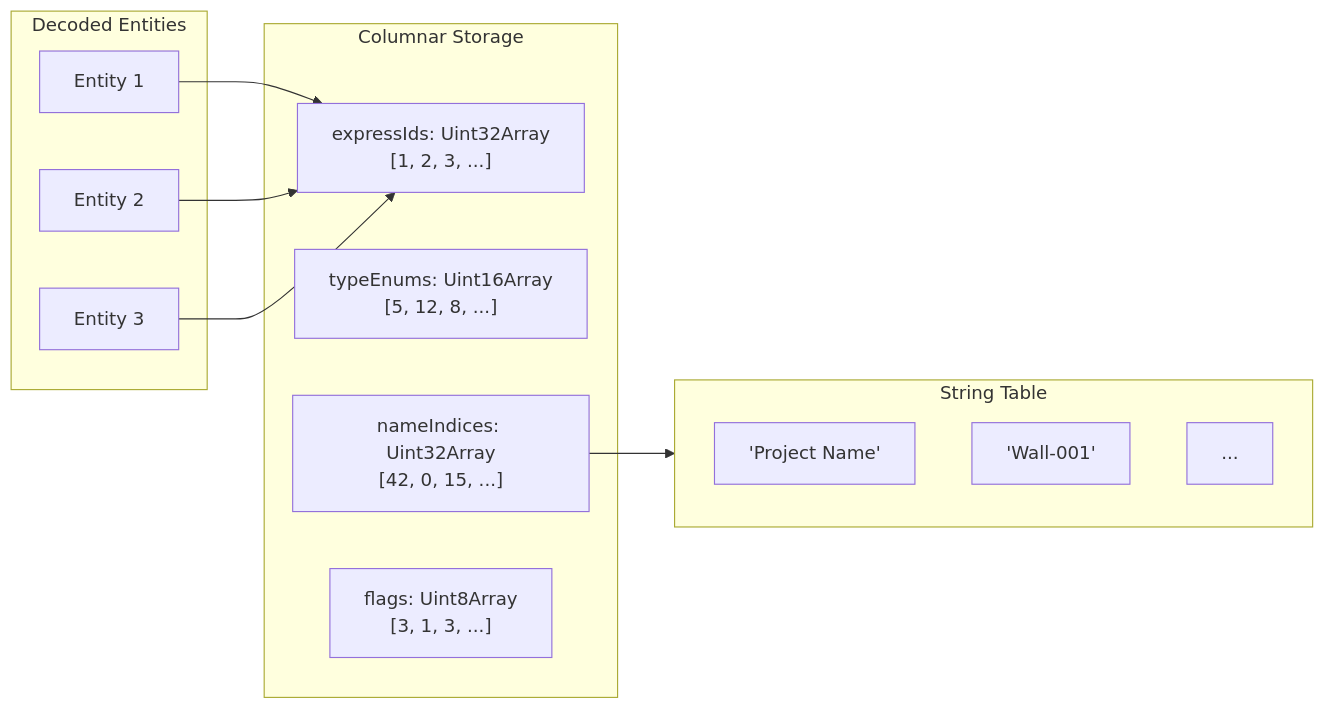
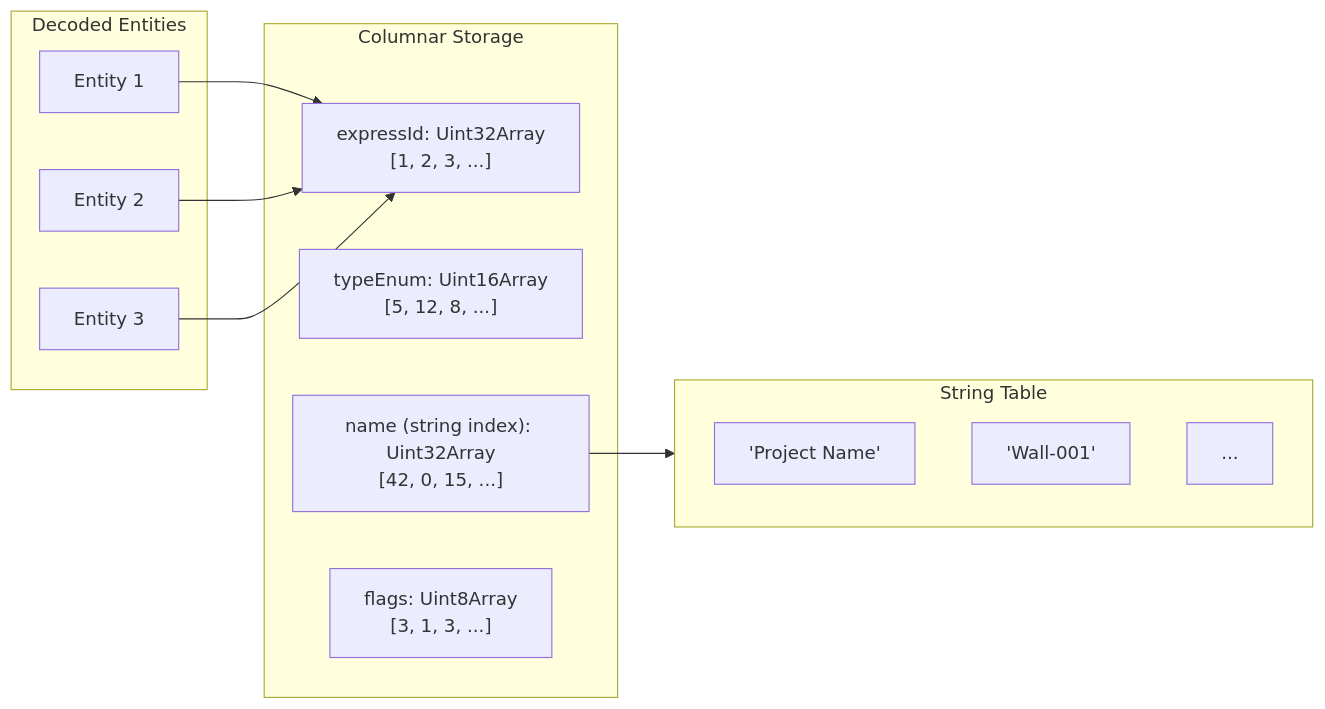
The fifth of 16 diagrams in docs/architecture/data-flow.md (LTplus-AG/ifc-lite), drawn with Mermaid before and after one commit. The commit also changed other lines of this file and 3 other files, not shown here.

Commit message:
docs(architecture): fix stale names and paths in geometry and data-flow docs

````diff
--- a/docs/architecture/data-flow.md
+++ b/docs/architecture/data-flow.md
@@ -129,26 +129,26 @@
 ```mermaid
 flowchart LR
     subgraph Decoded["Decoded Entities"]
         E1["Entity 1"]
         E2["Entity 2"]
         E3["Entity 3"]
     end
 
     subgraph Columns["Columnar Storage"]
-        IDs["expressIds: Uint32Array<br/>[1, 2, 3, ...]"]
-        Types["typeEnums: Uint16Array<br/>[5, 12, 8, ...]"]
-        Names["nameIndices: Uint32Array<br/>[42, 0, 15, ...]"]
+        IDs["expressId: Uint32Array<br/>[1, 2, 3, ...]"]
+        Types["typeEnum: Uint16Array<br/>[5, 12, 8, ...]"]
+        Names["name (string index): Uint32Array<br/>[42, 0, 15, ...]"]
         Flags["flags: Uint8Array<br/>[3, 1, 3, ...]"]
     end
 
     subgraph Strings["String Table"]
         S1["'Project Name'"]
         S2["'Wall-001'"]
         S3["..."]
     end
 
     E1 --> IDs
     E2 --> IDs
     E3 --> IDs
     Names --> Strings
 ```
````
